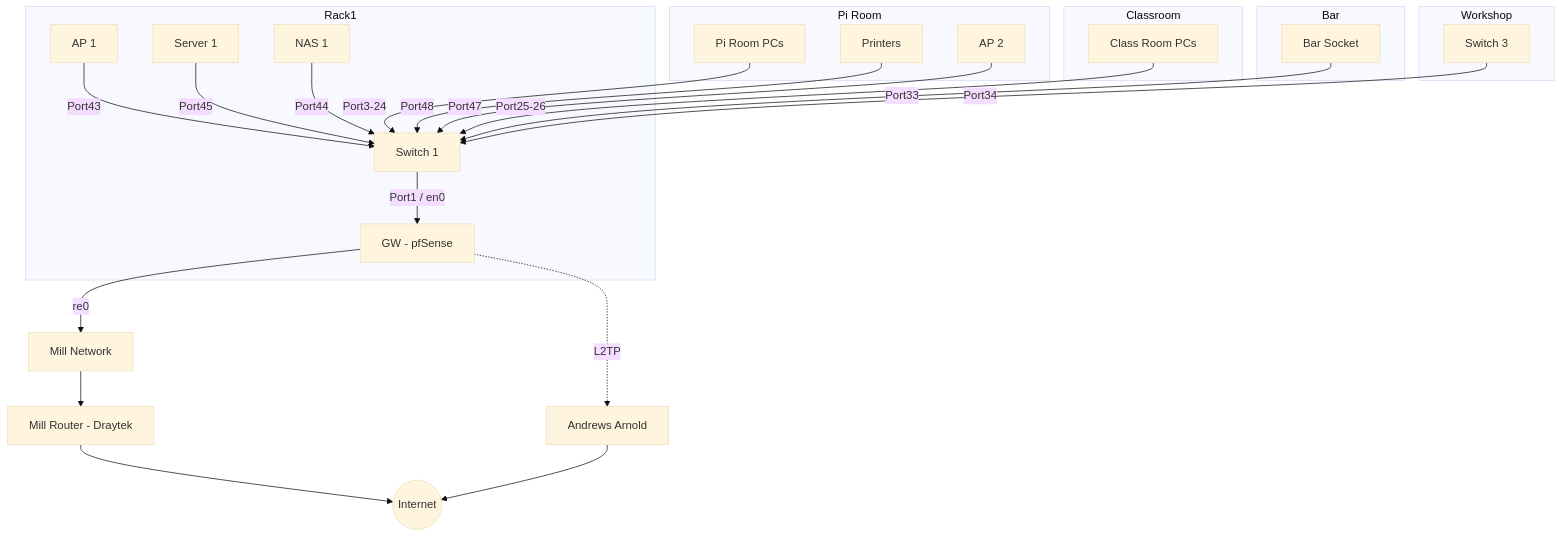
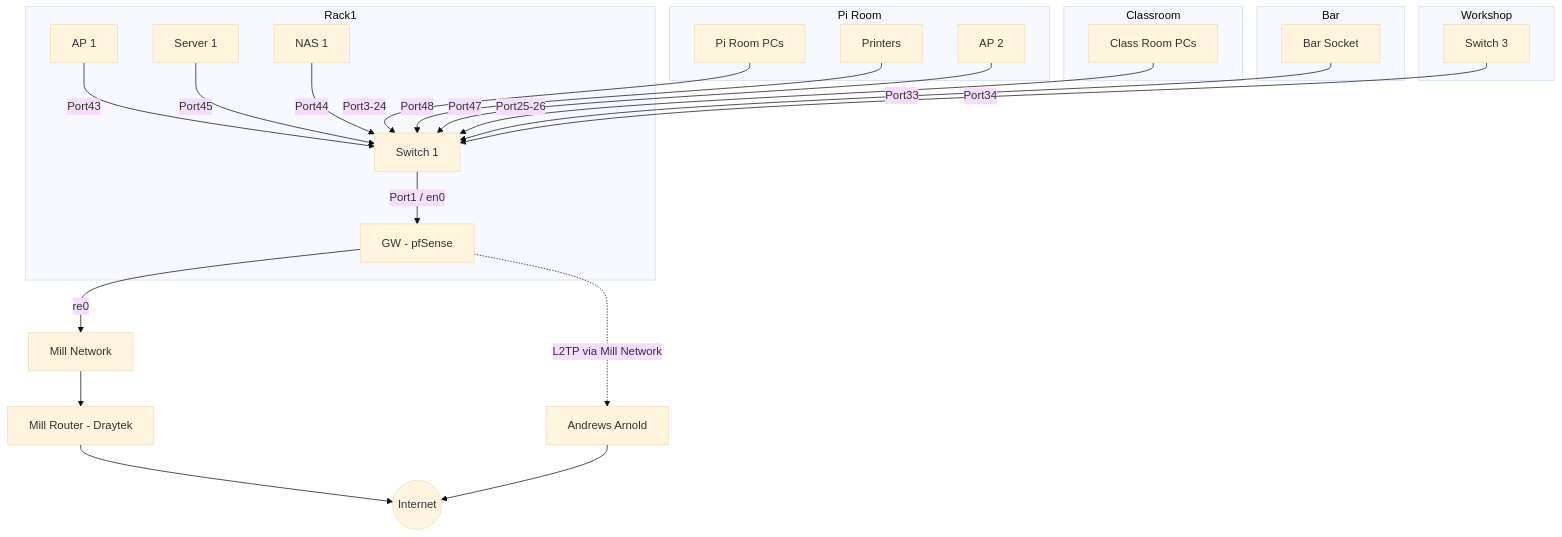
One commit to leigh-hackspace/HackspaceWiki changed the first of 2 diagrams in docs/infrastructure/network_layout.md. Above: the diagram before and after it, drawn with Mermaid (base theme).

Commit message:
Update note on the L2TP

````diff
--- a/docs/infrastructure/network_layout.md
+++ b/docs/infrastructure/network_layout.md
@@ -20,33 +20,33 @@
 ```mermaid
 graph 
     subgraph Rack1
     GW[GW - pfSense] 
     AP[AP 1] -->|Port43| SWITCH1
     SWITCH1[Switch 1] -->|Port1 / en0| GW
     SERVER1[Server 1] -->|Port45| SWITCH1
     NAS1[NAS 1] --> |Port44| SWITCH1
     end
 
     GW -->|re0| MILL
-    GW -. L2TP .-> AAISP
+    GW -. L2TP via Mill Network .-> AAISP
     MILL[Mill Network] --> MILLROUTER[Mill Router - Draytek] --> INTERNET((Internet))
     AAISP[Andrews Arnold] --> INTERNET
     
     subgraph Pi Room
     PIROOMPC[Pi Room PCs] -->|Port3-24| SWITCH1
     PRINTERS[Printers] -->|Port48| SWITCH1
     PIROOMAP[AP 2] --> |Port47| SWITCH1
     end
 
     subgraph Classroom
     CLASSROOMPC[Class Room PCs] -->|Port25-26| SWITCH1
     end
     
     subgraph Bar
     BAR[Bar Socket] -->|Port33| SWITCH1
     end
     
     subgraph Workshop
     SWITCH3[Switch 3] -->|Port34| SWITCH1
     end
 ```
````
